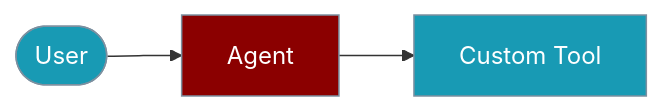
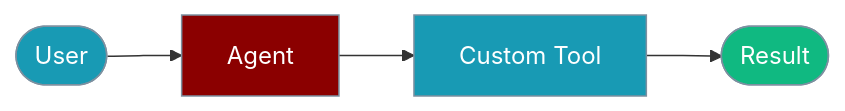
The first of 2 diagrams in docs/js/customtools.mdx (MervinPraison/PraisonAIDocs), drawn with Mermaid before and after one commit. The commit also changed other lines of this file and 5 other files, not shown here.

````diff
--- a/docs/js/customtools.mdx
+++ b/docs/js/customtools.mdx
@@ -9,14 +10,14 @@
 ```mermaid
 graph LR
     User([User]) --> Agent[Agent]
     Agent --> Fn[Custom Tool]
+    Fn --> Result([Result])
 
     classDef agent fill:#8B0000,stroke:#7C90A0,color:#fff
     classDef tool fill:#189AB4,stroke:#7C90A0,color:#fff
+    classDef result fill:#10B981,stroke:#7C90A0,color:#fff
 
     class Agent agent
     class User,Fn tool
-    classDef agent fill:#8B0000,color:#fff
-    classDef tool fill:#189AB4,color:#fff
-
+    class Result result
 ```
````
